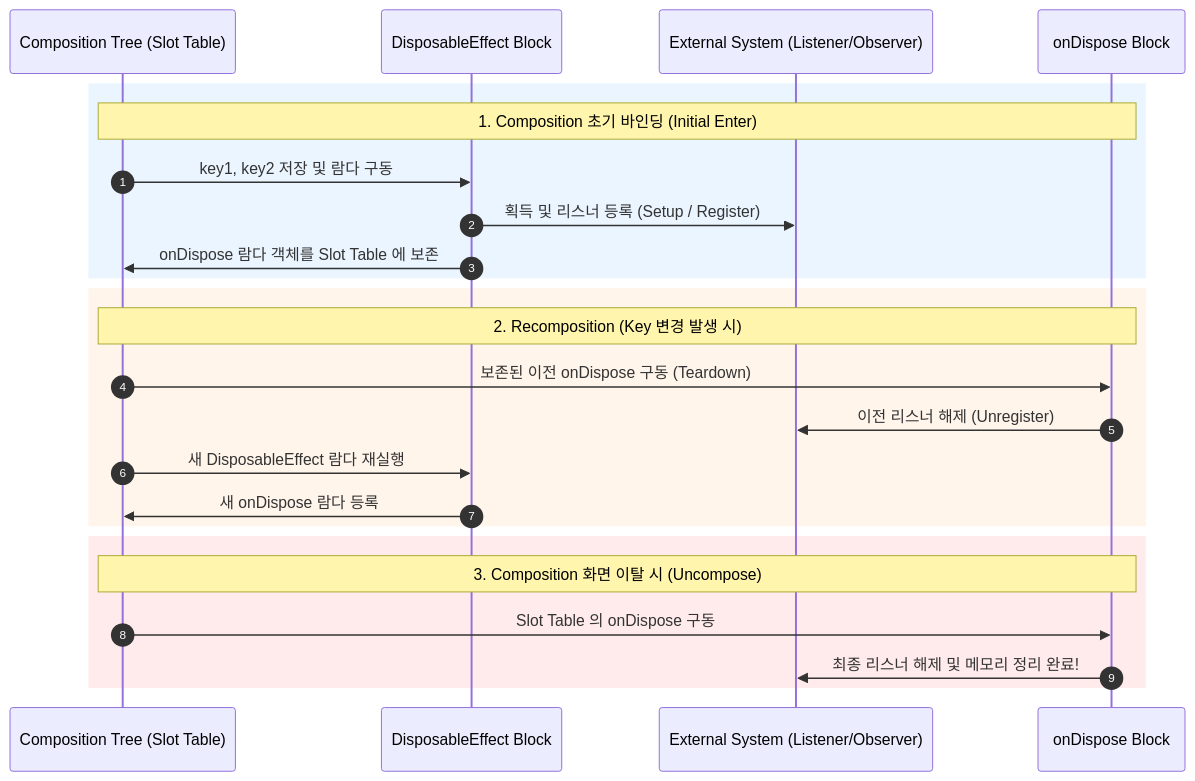
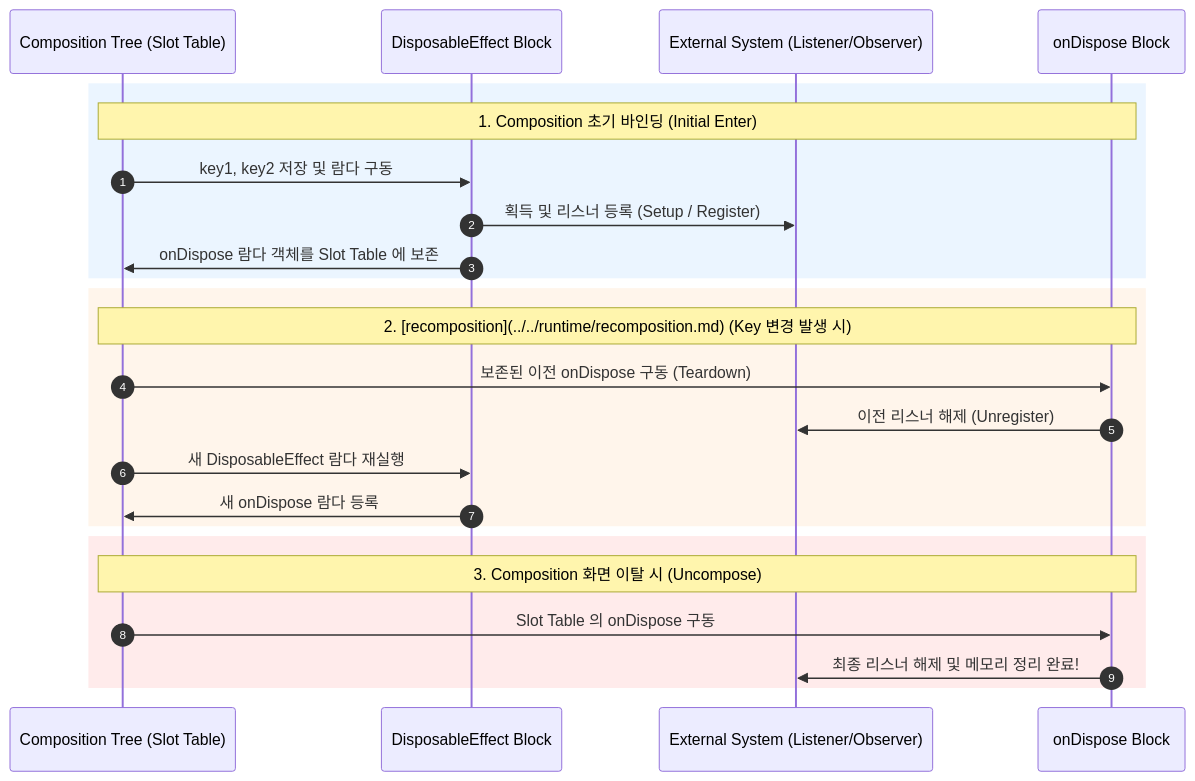
Before and after one commit to youngmin-gwon/what-i-studied: the diagram in 01_inbox/mobile/android/02_app_framework/jetpack-compose/state-and-lifecycle/compose-state-and-effect-contracts/disposable-effect-pairs-registration-and-cleanup.md, drawn with Mermaid. The commit also changed 185 other files, not shown here.

````diff
--- a/01_inbox/mobile/android/02_app_framework/jetpack-compose/state-and-lifecycle/compose-state-and-effect-contracts/disposable-effect-pairs-registration-and-cleanup.md
+++ b/01_inbox/mobile/android/02_app_framework/jetpack-compose/state-and-lifecycle/compose-state-and-effect-contracts/disposable-effect-pairs-registration-and-cleanup.md
@@ -27,29 +27,29 @@
 ```mermaid
 sequenceDiagram
     autonumber
     participant Tree as Composition Tree (Slot Table)
     participant Effect as DisposableEffect Block
     participant Listener as External System (Listener/Observer)
     participant Cleanup as onDispose Block
 
     rect rgb(235, 245, 255)
         note over Tree, Cleanup: 1. Composition 초기 바인딩 (Initial Enter)
         Tree->>Effect: key1, key2 저장 및 람다 구동
         Effect->>Listener: 획득 및 리스너 등록 (Setup / Register)
         Effect->>Tree: onDispose 람다 객체를 Slot Table 에 보존
     end
 
     rect rgb(255, 245, 235)
-        note over Tree, Cleanup: 2. Recomposition (Key 변경 발생 시)
+        note over Tree, Cleanup: 2. [recomposition](../../runtime/recomposition.md) (Key 변경 발생 시)
         Tree->>Cleanup: 보존된 이전 onDispose 구동 (Teardown)
         Cleanup->>Listener: 이전 리스너 해제 (Unregister)
         Tree->>Effect: 새 DisposableEffect 람다 재실행
         Effect->>Tree: 새 onDispose 람다 등록
     end
 
     rect rgb(255, 235, 235)
         note over Tree, Cleanup: 3. Composition 화면 이탈 시 (Uncompose)
         Tree->>Cleanup: Slot Table 의 onDispose 구동
         Cleanup->>Listener: 최종 리스너 해제 및 메모리 정리 완료!
     end
 ```
````
